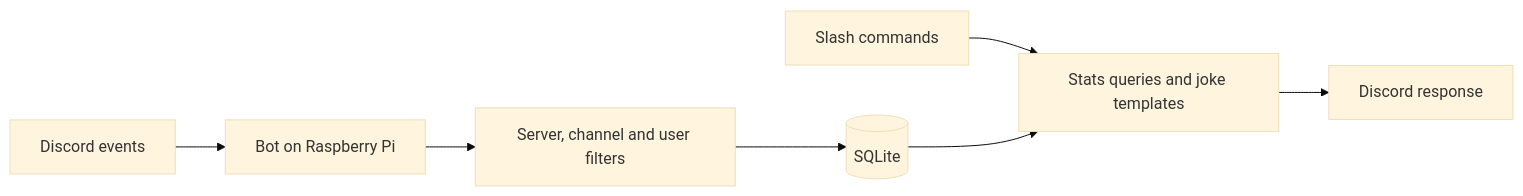
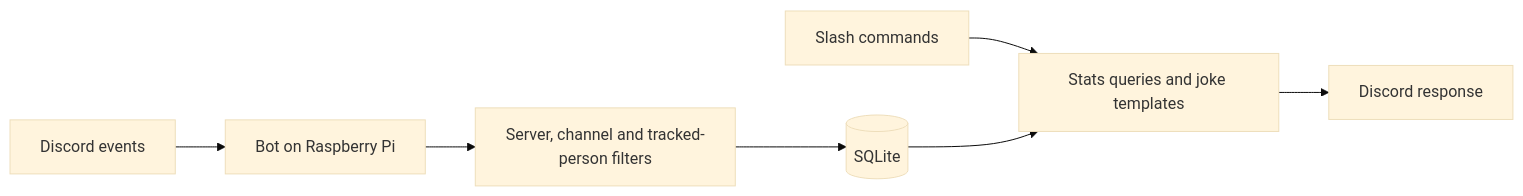
The diagram in DESIGN.md (jose9706/FlockCCTV), drawn with Mermaid (base theme) before and after one commit. The commit also changed other lines of this file and 14 other files, not shown here.

````diff
--- a/DESIGN.md
+++ b/DESIGN.md
@@ -138,9 +217,9 @@
 ```mermaid
 flowchart LR
     D[Discord events] --> B[Bot on Raspberry Pi]
-    B --> F[Server, channel and user filters]
+    B --> F[Server, channel and tracked-person filters]
     F --> S[(SQLite)]
     C[Slash commands] --> Q[Stats queries and joke templates]
     S --> Q
     Q --> R[Discord response]
 ```
````
